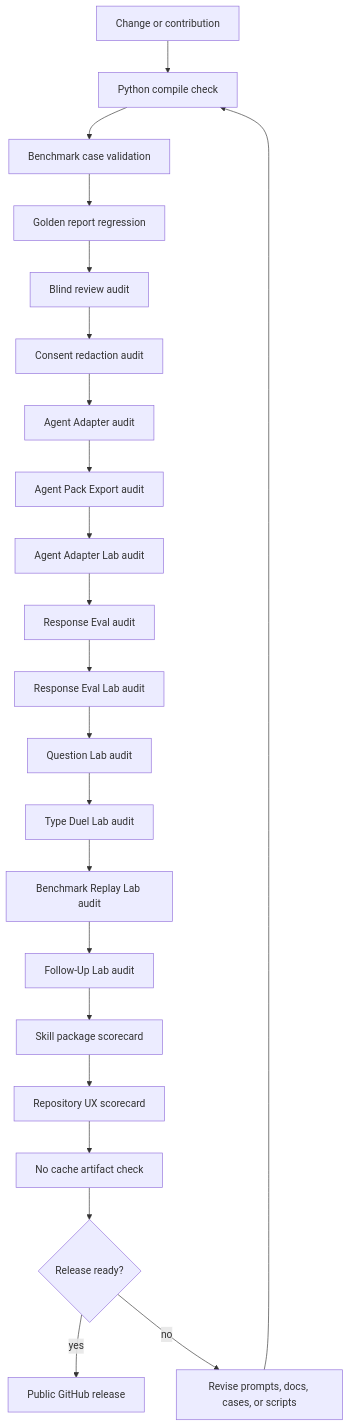
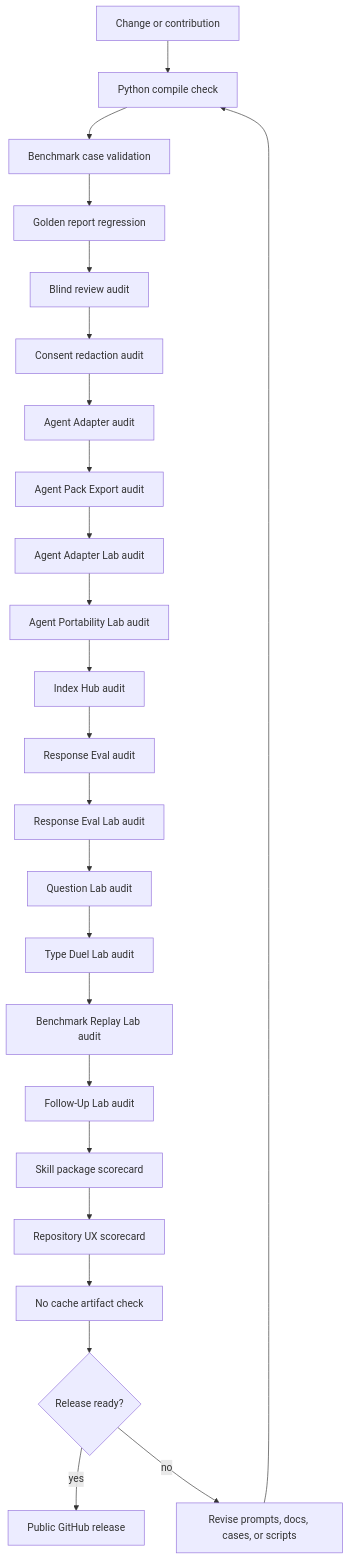
The fourth of 5 diagrams in README.md (Zaoqu-Liu/mbti-typing-skill), drawn with Mermaid before and after one commit. The commit also changed other lines of this file and 13 other files, not shown here.

````diff
--- a/README.md
+++ b/README.md
@@ -511,24 +522,26 @@
 ```mermaid
 flowchart TD
     PR[Change or contribution] --> Compile[Python compile check]
     Compile --> Cases[Benchmark case validation]
     Cases --> Golden[Golden report regression]
     Golden --> Blind[Blind review audit]
     Blind --> Consent[Consent redaction audit]
     Consent --> Adapter[Agent Adapter audit]
     Adapter --> Pack[Agent Pack Export audit]
     Pack --> AdapterLab[Agent Adapter Lab audit]
-    AdapterLab --> Response[Response Eval audit]
+    AdapterLab --> Portability[Agent Portability Lab audit]
+    Portability --> IndexHub[Index Hub audit]
+    IndexHub --> Response[Response Eval audit]
     Response --> ResponseLab[Response Eval Lab audit]
     ResponseLab --> QuestionLab[Question Lab audit]
     QuestionLab --> TypeDuel[Type Duel Lab audit]
     TypeDuel --> Replay[Benchmark Replay Lab audit]
     Replay --> FollowUp[Follow-Up Lab audit]
     FollowUp --> SkillScore[Skill package scorecard]
     SkillScore --> UXScore[Repository UX scorecard]
     UXScore --> Cache[No cache artifact check]
     Cache --> Release{Release ready?}
     Release -->|yes| Publish[Public GitHub release]
     Release -->|no| Fix[Revise prompts, docs, cases, or scripts]
     Fix --> Compile
 ```
````
